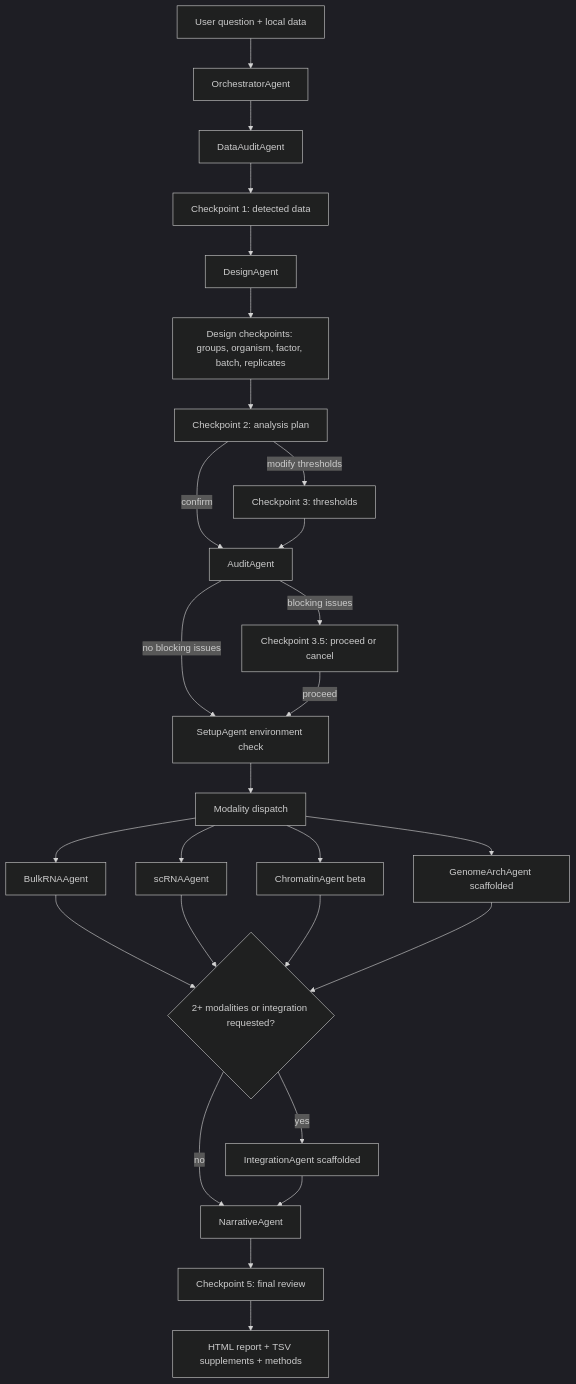
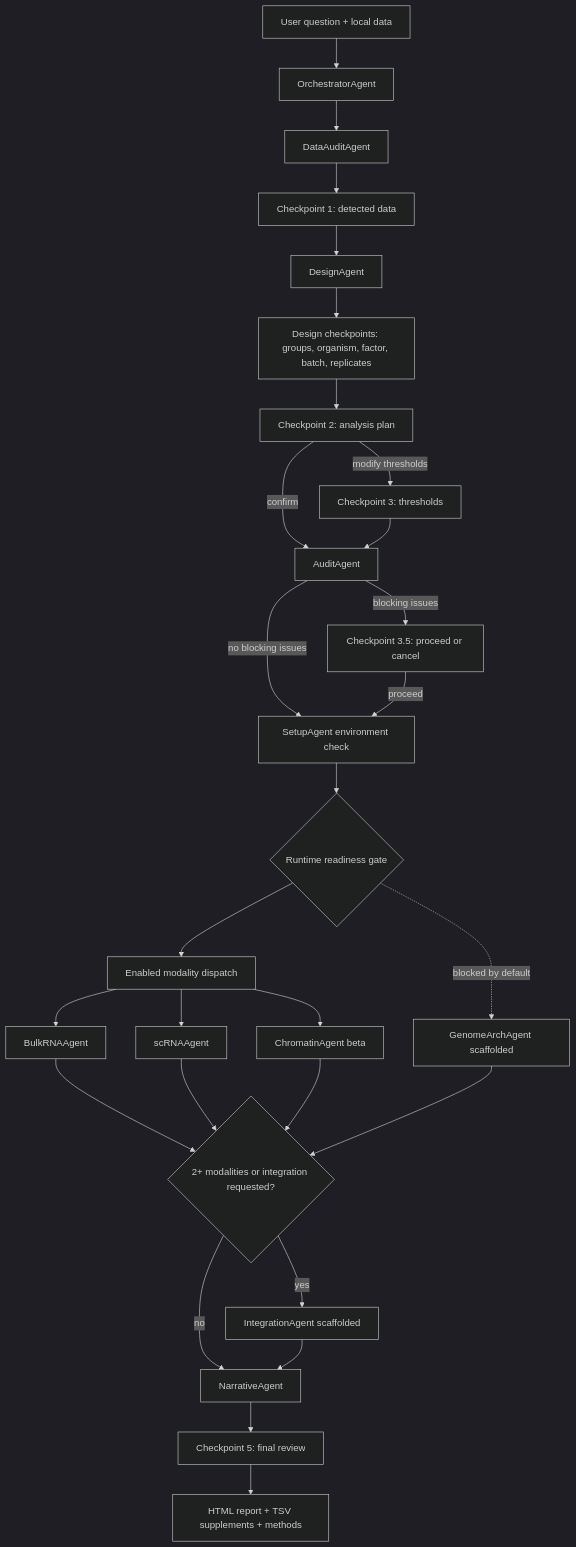
One commit to Olascoaga/aria-omics changed the diagram in docs/architecture/overview.md. Above: the diagram before and after it, drawn with Mermaid (dark theme). The commit also changed other lines of this file and 19 other files, not shown here.

````diff
--- a/docs/architecture/overview.md
+++ b/docs/architecture/overview.md
@@ -15,29 +15,30 @@
 ```mermaid
 flowchart TD
     U[User question + local data] --> O[OrchestratorAgent]
     O --> DA[DataAuditAgent]
     DA --> CP1[Checkpoint 1: detected data]
     CP1 --> D[DesignAgent]
     D --> CP2[Design checkpoints: groups, organism, factor, batch, replicates]
     CP2 --> PLAN[Checkpoint 2: analysis plan]
     PLAN -->|confirm| A[AuditAgent]
     PLAN -->|modify thresholds| CP3[Checkpoint 3: thresholds]
     CP3 --> A
     A -->|blocking issues| CP35[Checkpoint 3.5: proceed or cancel]
     A -->|no blocking issues| SETUP[SetupAgent environment check]
     CP35 -->|proceed| SETUP
-    SETUP --> DISPATCH[Modality dispatch]
+    SETUP --> GATE{Runtime readiness gate}
+    GATE --> DISPATCH[Enabled modality dispatch]
     DISPATCH --> B[BulkRNAAgent]
     DISPATCH --> S[scRNAAgent]
     DISPATCH --> C[ChromatinAgent beta]
-    DISPATCH --> H[GenomeArchAgent scaffolded]
+    GATE -. blocked by default .-> H[GenomeArchAgent scaffolded]
     B --> MAYBEINT{2+ modalities or integration requested?}
     S --> MAYBEINT
     C --> MAYBEINT
     H --> MAYBEINT
     MAYBEINT -->|yes| INT[IntegrationAgent scaffolded]
     MAYBEINT -->|no| N[NarrativeAgent]
     INT --> N
     N --> CP5[Checkpoint 5: final review]
     CP5 --> R[HTML report + TSV supplements + methods]
 ```
````
